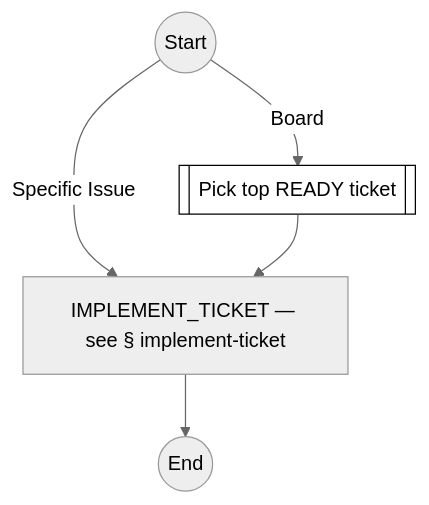
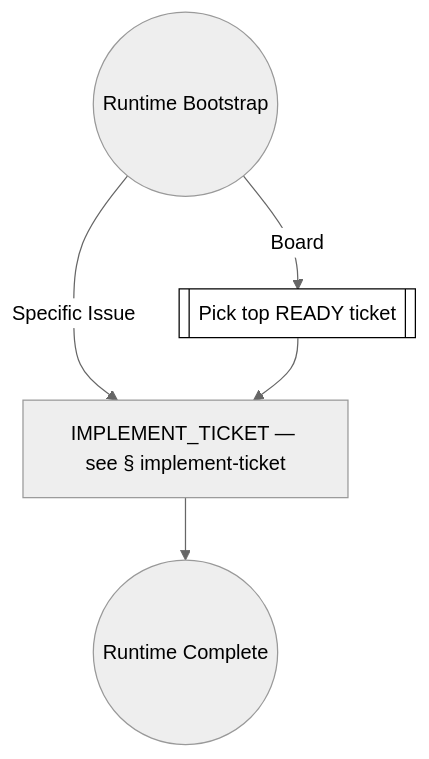
The second of 50 diagrams in docs/process-diagram.md (optivem/gh-optivem), drawn with Mermaid (neutral theme) before and after one commit. The commit also changed other lines of this file and 5 other files, not shown here.

````diff
--- a/docs/process-diagram.md
+++ b/docs/process-diagram.md
@@ -42,15 +60,15 @@
 ```mermaid
 flowchart TD
-    END((End))
+    END((Runtime Complete))
     IMPLEMENT_TICKET[IMPLEMENT_TICKET — see § implement-ticket]
     PICK_TOP_READY[[Pick top READY ticket]]
-    START((Start))
+    START((Runtime Bootstrap))
 
     START -- Board --> PICK_TOP_READY
     START -- Specific Issue --> IMPLEMENT_TICKET
     PICK_TOP_READY --> IMPLEMENT_TICKET
     IMPLEMENT_TICKET --> END
 
     classDef serviceNode fill:#ffffff,stroke:#000000,stroke-width:1px,color:#000000
     class PICK_TOP_READY serviceNode
 ```
````
